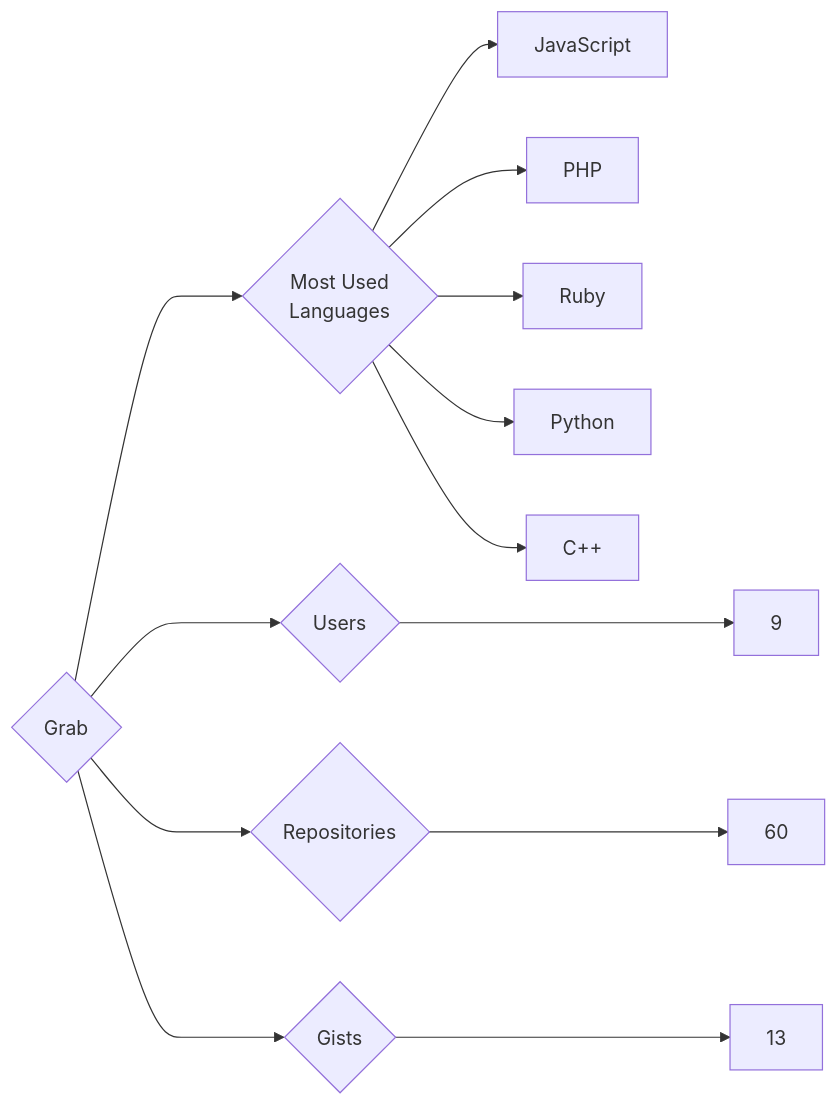
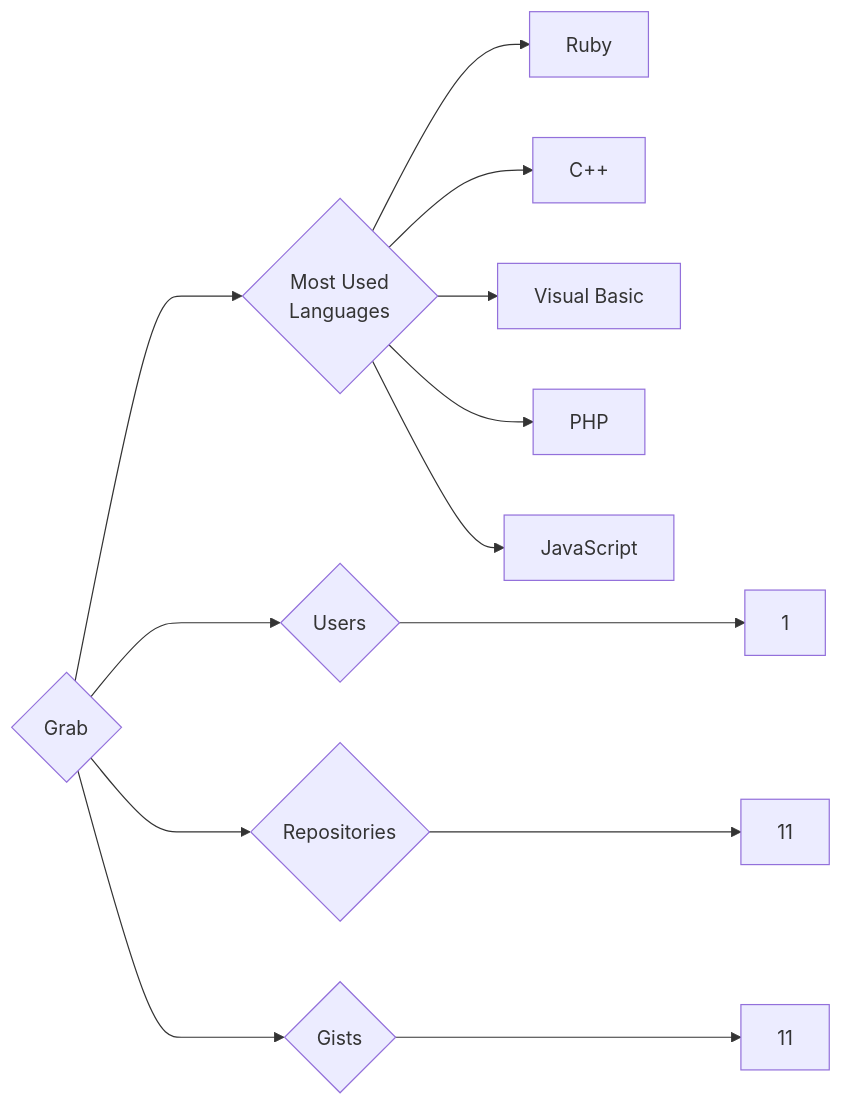
One commit to trickest/insiders changed the diagram in targets/Grab/README.md. Above: the diagram before and after it, drawn with Mermaid. The commit also changed 622 other files, not shown here.

````diff
--- a/targets/Grab/README.md
+++ b/targets/Grab/README.md
@@ -3,13 +3,13 @@
 ```mermaid
 graph LR
 COMPANY_NAME{Grab}
-COMPANY_NAME ---> U{Users} ---> UN[9]
-COMPANY_NAME ---> R{Repositories} ---> RN[60]
-COMPANY_NAME ---> G{Gists} ---> GN[13]
+COMPANY_NAME ---> U{Users} ---> UN[1]
+COMPANY_NAME ---> R{Repositories} ---> RN[11]
+COMPANY_NAME ---> G{Gists} ---> GN[11]
 COMPANY_NAME ---> ML{Most Used<br>Languages}
+ML --> Ruby[Ruby]
+ML --> C++[C++]
+ML --> Visual_Basic[Visual Basic]
+ML --> PHP[PHP]
 ML --> JavaScript[JavaScript]
-ML --> PHP[PHP]
-ML --> Ruby[Ruby]
-ML --> Python[Python]
-ML --> C++[C++]
 ```
````
